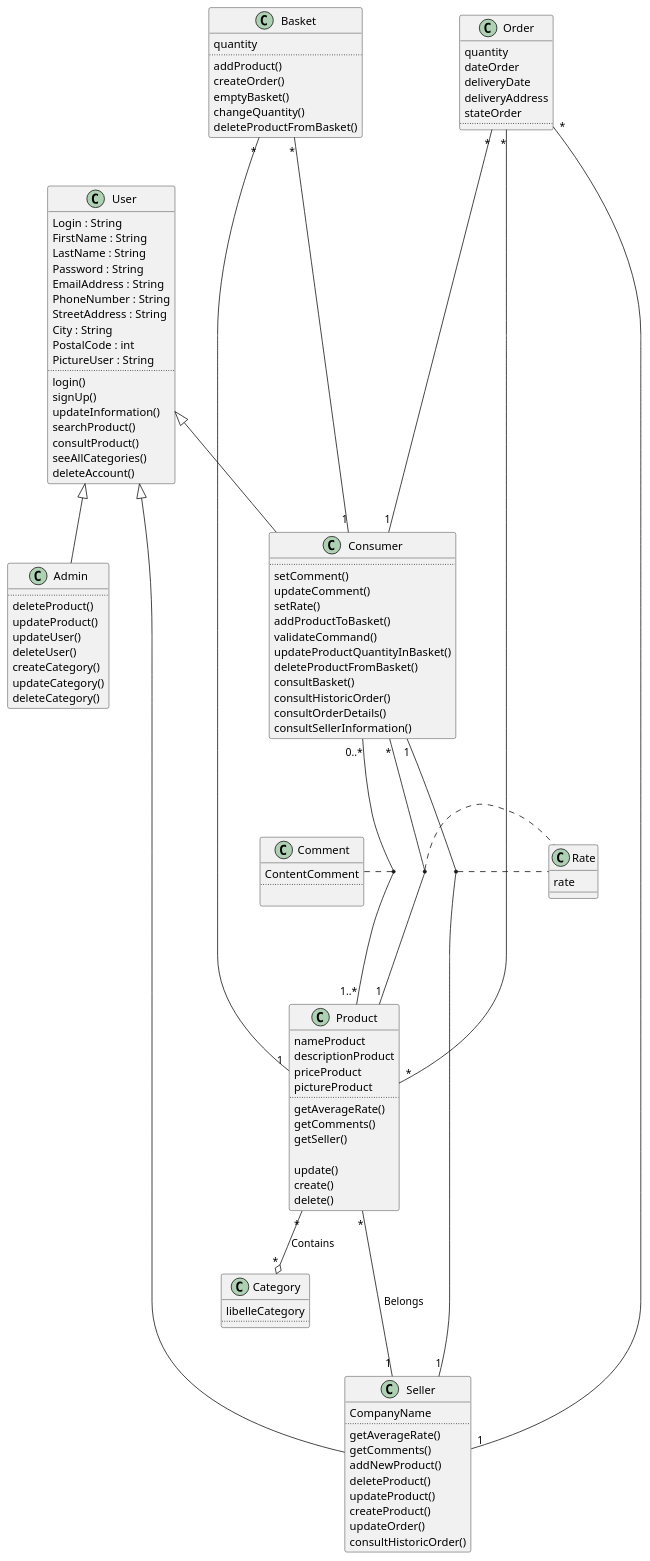
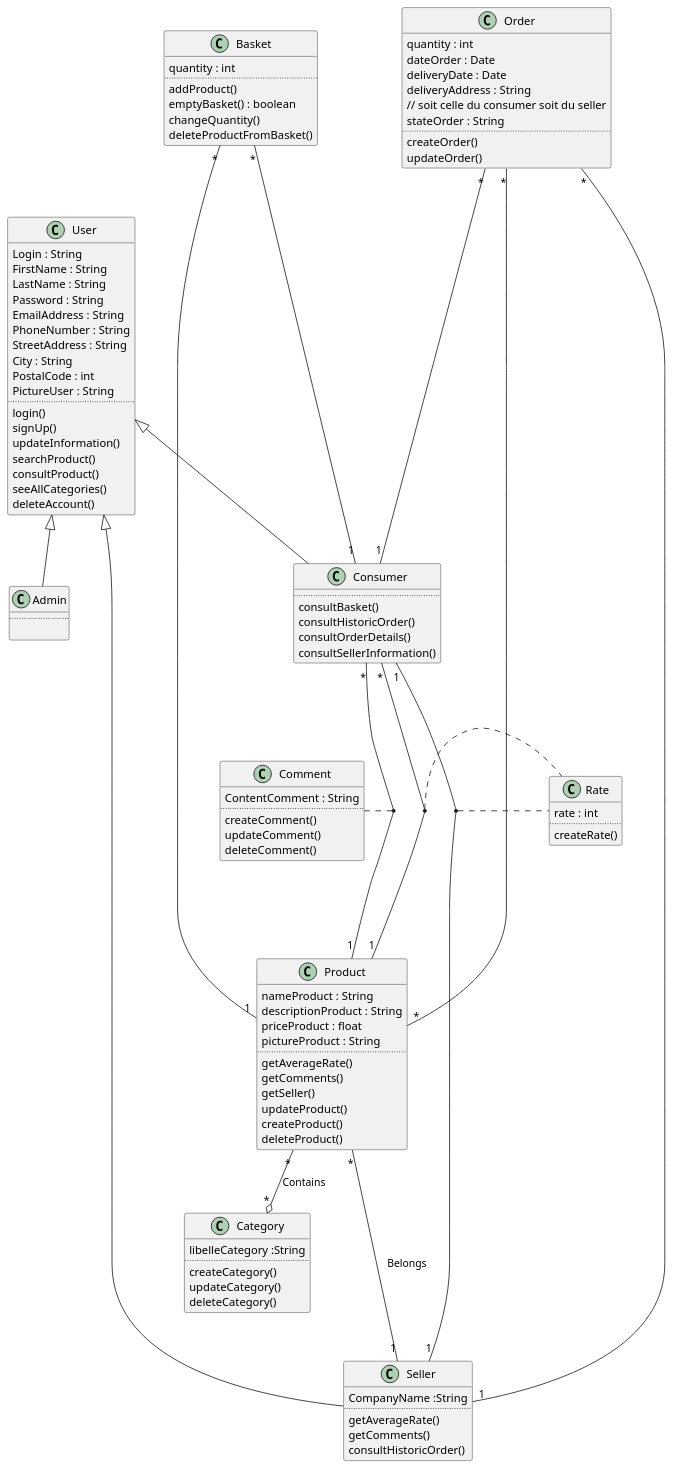
Before and after one commit to AnnaMasante/Mercat: the diagram in src/ClassDiagramm.puml, drawn with PlantUML.

```diff
--- a/src/ClassDiagramm.puml
+++ b/src/ClassDiagramm.puml
@@ -1,136 +1,126 @@
 @startuml
 
 class User {
     Login : String
     FirstName : String
     LastName : String
     Password : String
     EmailAddress : String
     PhoneNumber : String
     StreetAddress : String
     City : String
     PostalCode : int
     PictureUser : String
     ..
     login()
     signUp()
     updateInformation()
     searchProduct()
     consultProduct()
     seeAllCategories()
     deleteAccount()
 }
 
 class Consumer {
     ..
-    setComment()
-    updateComment()
-    setRate()
-    addProductToBasket()
-    validateCommand()
-    updateProductQuantityInBasket()
-    deleteProductFromBasket()
     consultBasket()
     consultHistoricOrder()
     consultOrderDetails()
     consultSellerInformation()
 }
 
 class Seller {
-    CompanyName
+    CompanyName :String
     ..
     getAverageRate()
     getComments()
-    addNewProduct()
-    deleteProduct()
-    updateProduct()
-    createProduct()
-    updateOrder()
     consultHistoricOrder()
 }
 
 class Admin {
     ..
+
+}
+
+class Comment {
+    ContentComment : String
+    ..
+    createComment()
+    updateComment()
+    deleteComment()
+}
+
+class Rate {
+    rate : int
+    ..
+    createRate()
+}
+
+class Product {
+    nameProduct : String
+    descriptionProduct : String
+    priceProduct : float
+    pictureProduct : String
+    ..
+    getAverageRate()
+    getComments()
+    getSeller()
+    updateProduct()
+    createProduct()
     deleteProduct()
-    updateProduct()
-    updateUser()
-    deleteUser()
+}
+
+class Category {
+    libelleCategory :String
+    ..
     createCategory()
     updateCategory()
     deleteCategory()
 }
 
-class Comment {
-    ContentComment
+class Order {
+    quantity : int
+    dateOrder : Date
+    deliveryDate : Date
+    deliveryAddress : String
+    // soit celle du consumer soit du seller
+    stateOrder : String
     ..
-
-}
-
-class Product {
-    nameProduct
-    descriptionProduct
-    priceProduct
-    pictureProduct
-    ..
-    getAverageRate()
-    getComments()
-    getSeller()
-
-    update()
-    create()
-    delete()
-}
-
-class Category {
-    libelleCategory
-    ..
-}
-
-class Order {
-    quantity
-    dateOrder
-    deliveryDate
-    deliveryAddress
-    stateOrder
-    ..
+    createOrder()
+    updateOrder()
 }
 
 class Basket {
-    quantity
+    quantity : int
     ..
     addProduct()
-    createOrder()
-    emptyBasket()
+    emptyBasket() : boolean
     changeQuantity()
     deleteProductFromBasket()
-}
-
-class Rate {
-    rate
 }
 
 User <|-- Consumer
 User <|-- Seller
 User <|-- Admin
 
-Consumer "0..*" --- "1..*" Product
+Consumer "*" --- "1" Product
 (Consumer, Product) .. Comment
 
 Consumer "*" --- "1" Product
 (Consumer, Product) .. Rate
 
 Consumer "1" --- "1" Seller
 (Consumer, Seller) .. Rate
 
 Product "*" --o "*" Category : Contains
 Product "*" --- "1" Seller : Belongs
 
 Order "*" --- "1" Consumer
 Order "*" --- "1" Seller
 Order "*" --- "*" Product
 
 Basket "*" -- "1" Product
 Basket "*" --- "1" Consumer
 
 
 @enduml
```
